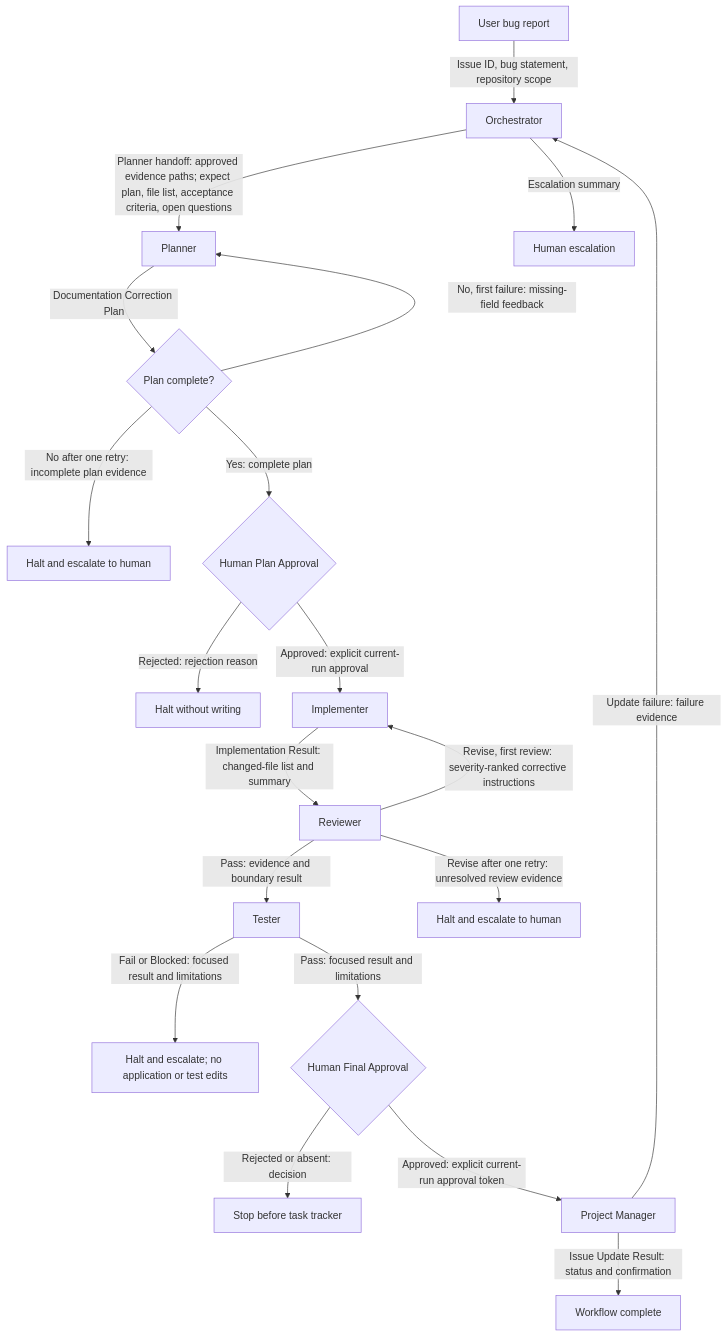
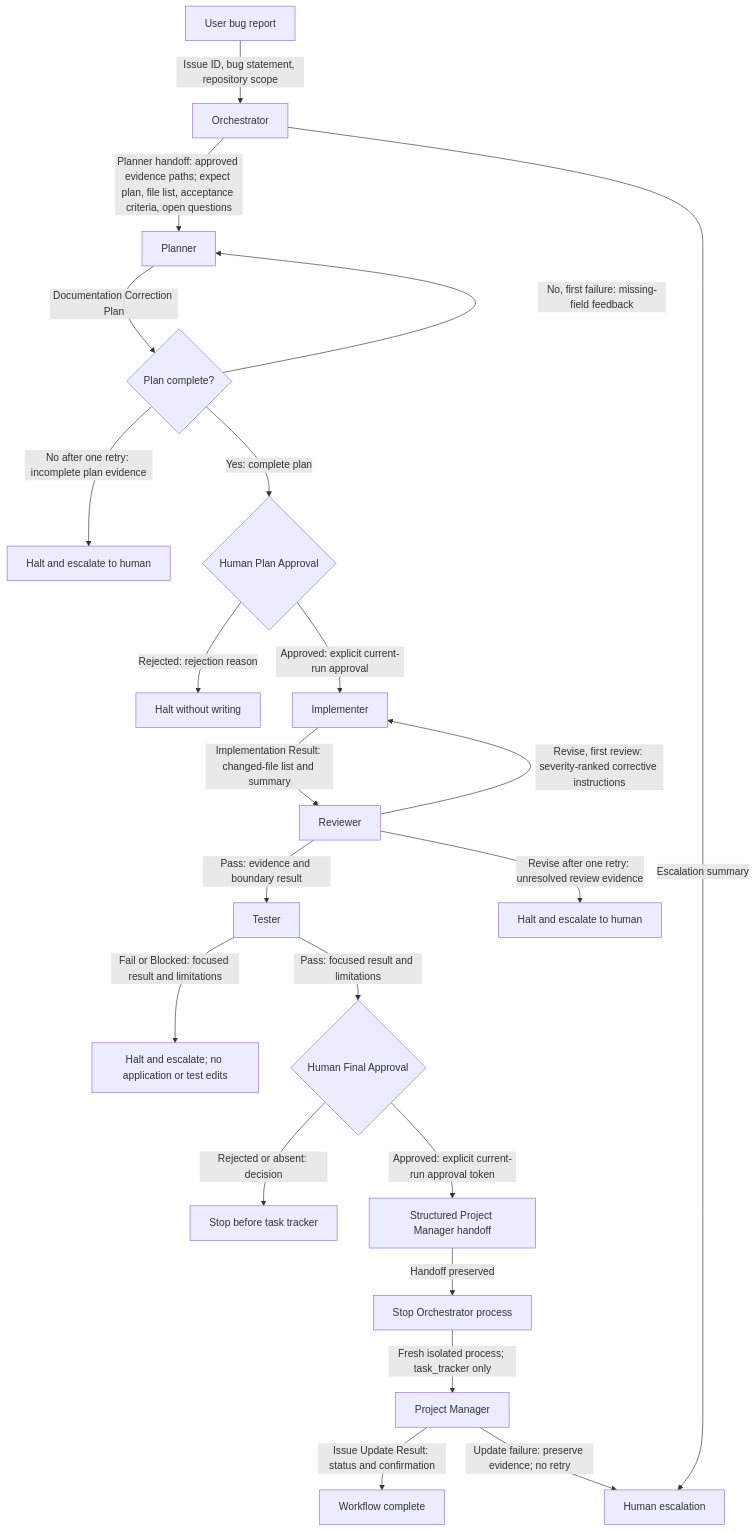
One commit to Muhammad7839/FitGPT-Agentic-Engineering changed the diagram in docs/orchestration-diagram.md. Above: the diagram before and after it, drawn with Mermaid. The commit also changed other lines of this file and 2 other files, not shown here.

Commit message:
docs: isolate project-manager execution from orchestrator tools

````diff
--- a/docs/orchestration-diagram.md
+++ b/docs/orchestration-diagram.md
@@ -7,22 +7,24 @@
 ```mermaid
 flowchart TD
     U["User bug report"] -->|"Issue ID, bug statement, repository scope"| O["Orchestrator"]
     O -->|"Planner handoff: approved evidence paths; expect plan, file list, acceptance criteria, open questions"| P["Planner"]
     P -->|"Documentation Correction Plan"| PC{"Plan complete?"}
     PC -->|"No, first failure: missing-field feedback"| P
     PC -->|"No after one retry: incomplete plan evidence"| HP["Halt and escalate to human"]
     PC -->|"Yes: complete plan"| PA{"Human Plan Approval"}
     PA -->|"Rejected: rejection reason"| HW["Halt without writing"]
     PA -->|"Approved: explicit current-run approval"| I["Implementer"]
     I -->|"Implementation Result: changed-file list and summary"| R["Reviewer"]
     R -->|"Pass: evidence and boundary result"| T["Tester"]
     R -->|"Revise, first review: severity-ranked corrective instructions"| I
     R -->|"Revise after one retry: unresolved review evidence"| HR["Halt and escalate to human"]
     T -->|"Fail or Blocked: focused result and limitations"| HT["Halt and escalate; no application or test edits"]
     T -->|"Pass: focused result and limitations"| FA{"Human Final Approval"}
     FA -->|"Rejected or absent: decision"| HS["Stop before task tracker"]
-    FA -->|"Approved: explicit current-run approval token"| PM["Project Manager"]
+    FA -->|"Approved: explicit current-run approval token"| PH["Structured Project Manager handoff"]
+    PH -->|"Handoff preserved"| OS["Stop Orchestrator process"]
+    OS -->|"Fresh isolated process; task_tracker only"| PM["Project Manager"]
     PM -->|"Issue Update Result: status and confirmation"| DONE["Workflow complete"]
-    PM -->|"Update failure: failure evidence"| O
+    PM -->|"Update failure: preserve evidence; no retry"| HE
     O -->|"Escalation summary"| HE["Human escalation"]
 ```
````
